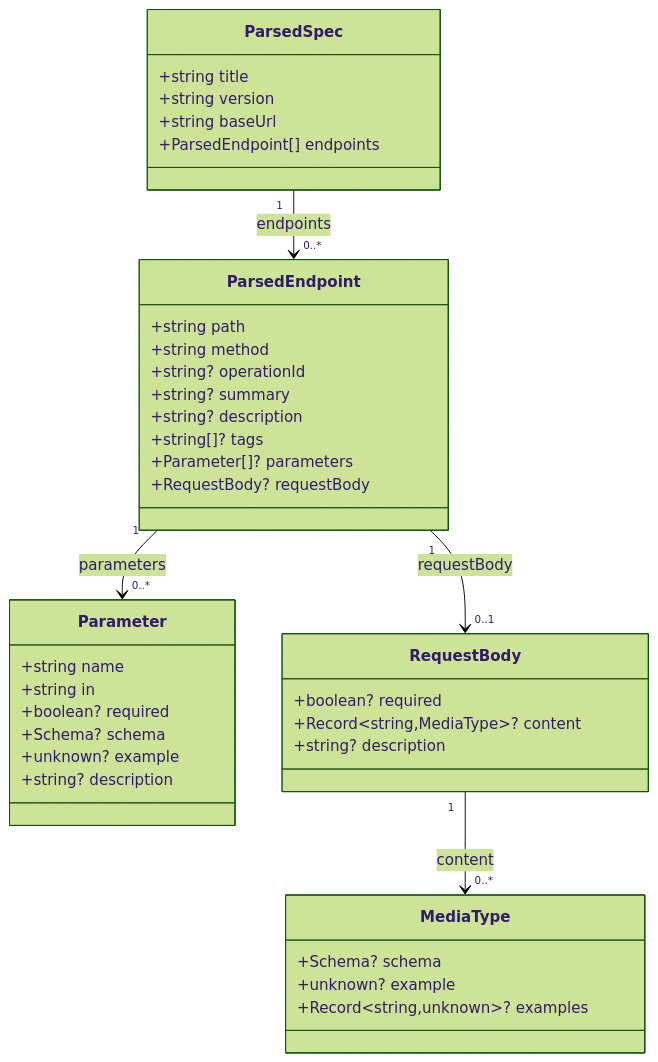
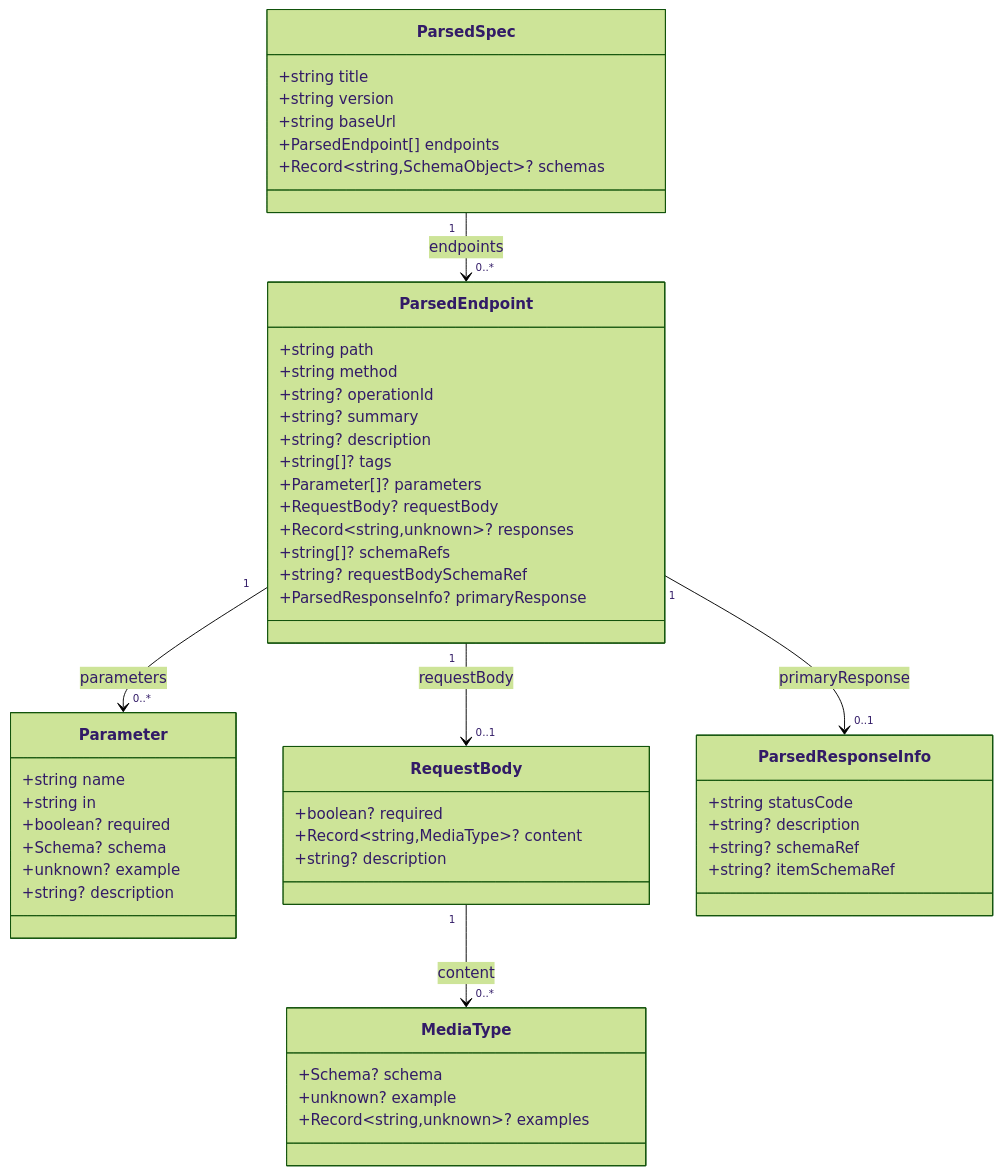
One commit to Blouppy/http-file-generator changed the second of 3 diagrams in docs/architecture.md. Above: the diagram before and after it, drawn with Mermaid (forest theme). The commit also changed other lines of this file and 2 other files, not shown here.

````diff
--- a/docs/architecture.md
+++ b/docs/architecture.md
@@ -114,46 +125,59 @@
 ```mermaid
 classDiagram
     class ParsedSpec {
         +string title
         +string version
         +string baseUrl
         +ParsedEndpoint[] endpoints
+        +Record~string,SchemaObject~? schemas
     }
 
     class ParsedEndpoint {
         +string path
         +string method
         +string? operationId
         +string? summary
         +string? description
         +string[]? tags
         +Parameter[]? parameters
         +RequestBody? requestBody
+        +Record~string,unknown~? responses
+        +string[]? schemaRefs
+        +string? requestBodySchemaRef
+        +ParsedResponseInfo? primaryResponse
     }
 
     class Parameter {
         +string name
         +string in
         +boolean? required
         +Schema? schema
         +unknown? example
         +string? description
     }
 
     class RequestBody {
         +boolean? required
         +Record~string,MediaType~? content
         +string? description
     }
 
     class MediaType {
         +Schema? schema
         +unknown? example
         +Record~string,unknown~? examples
     }
 
+    class ParsedResponseInfo {
+        +string statusCode
+        +string? description
+        +string? schemaRef
+        +string? itemSchemaRef
+    }
+
     ParsedSpec "1" --> "0..*" ParsedEndpoint : endpoints
     ParsedEndpoint "1" --> "0..*" Parameter : parameters
     ParsedEndpoint "1" --> "0..1" RequestBody : requestBody
+    ParsedEndpoint "1" --> "0..1" ParsedResponseInfo : primaryResponse
     RequestBody "1" --> "0..*" MediaType : content
 ```
````
